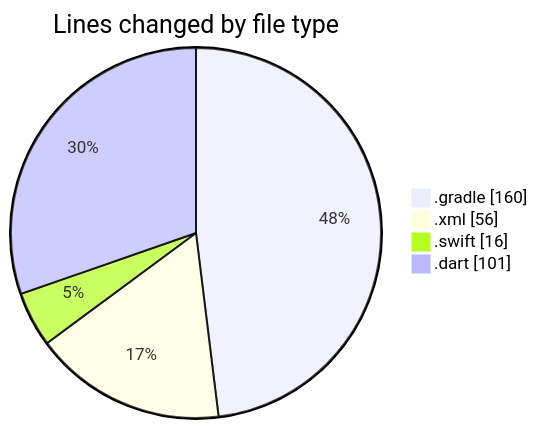
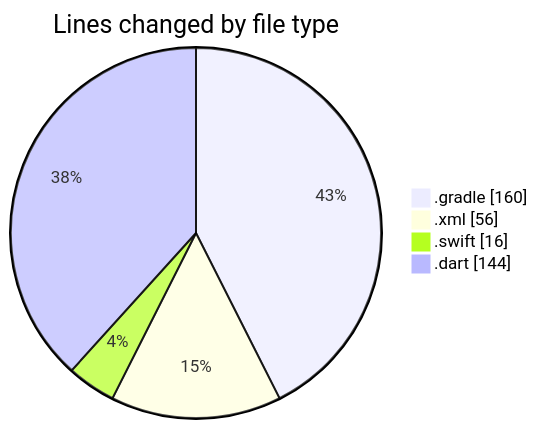
Before and after one commit to donsfak/code-tracking: the first of 2 diagrams in 2025-01-01/uber_clone/README.md, drawn with Mermaid. The commit also changed other lines of this file and 1 other file, not shown here.

````diff
--- a/2025-01-01/uber_clone/README.md
+++ b/2025-01-01/uber_clone/README.md
@@ -25,8 +26,8 @@
 ```mermaid
 pie showData
 title Lines changed by file type
 ".gradle" : 160
 ".xml" : 56
 ".swift" : 16
-".dart" : 101
+".dart" : 144
 ```
````
